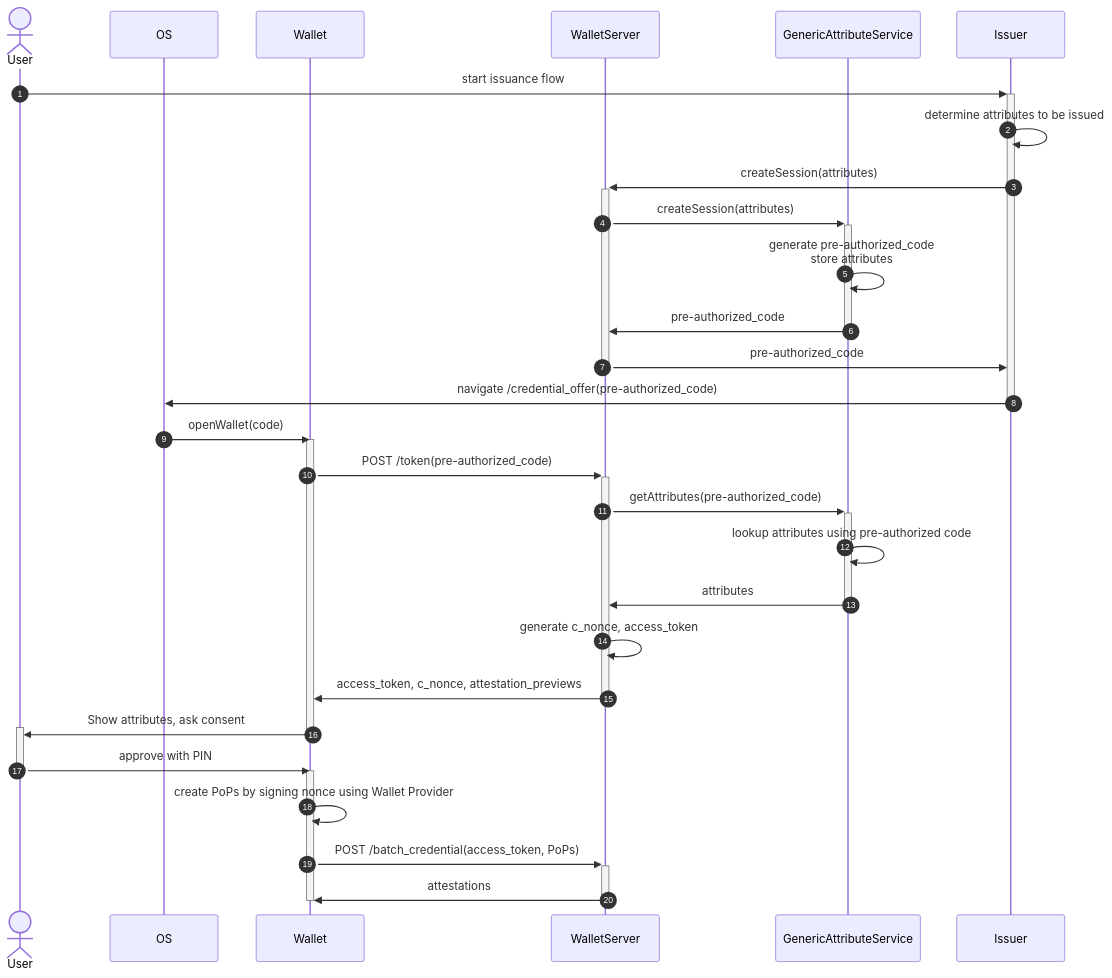
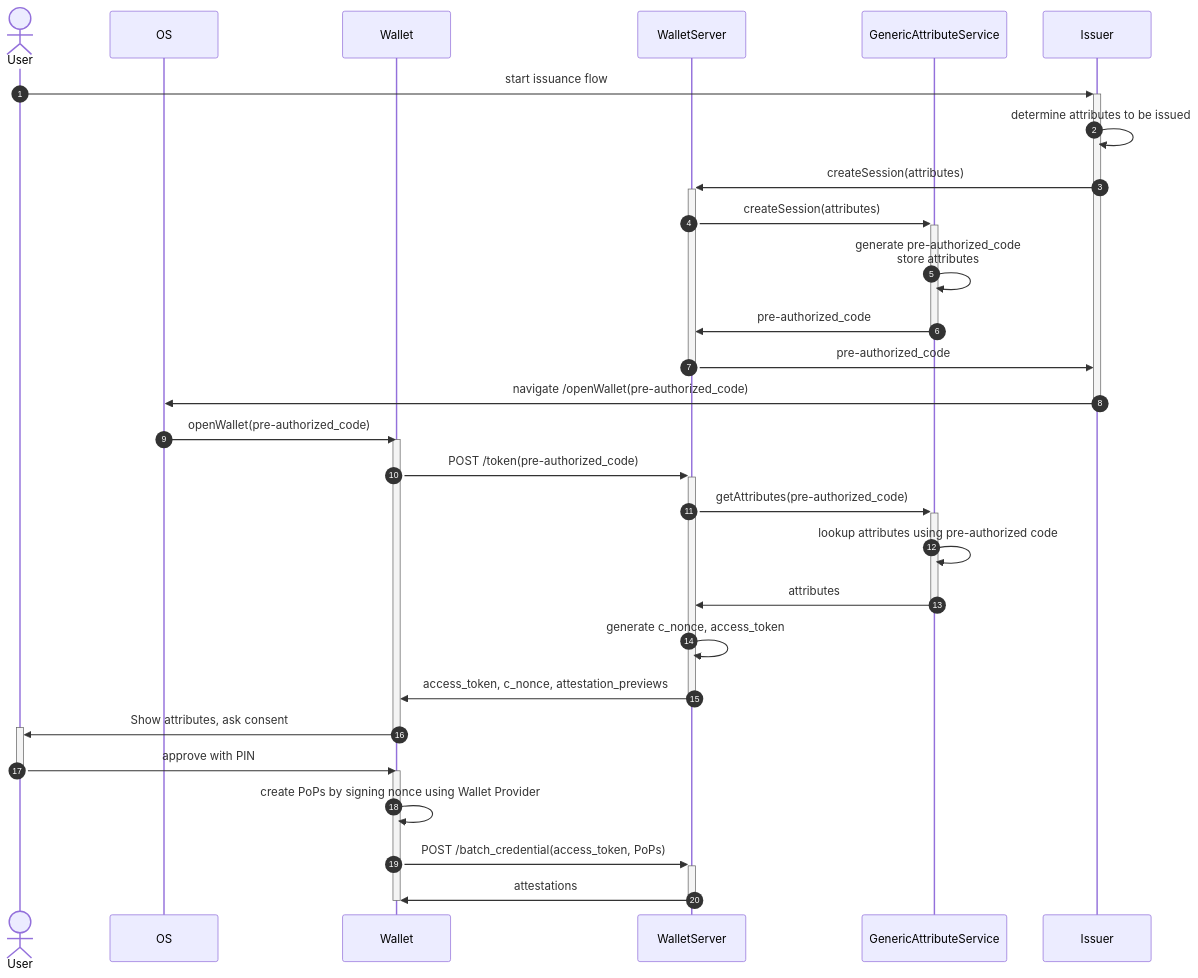
One commit to MinBZK/nl-wallet changed the second of 2 diagrams in documentation/flows/openid.md. Above: the diagram before and after it, drawn with Mermaid. The commit also changed other lines of this file and 1 other file, not shown here.

Commit message:
Remove confusing credential_offer mention from openid(4vci) documentation

````diff
--- a/documentation/flows/openid.md
+++ b/documentation/flows/openid.md
@@ -64,36 +64,36 @@
 ```mermaid
 sequenceDiagram
     autonumber
 
     actor User
     participant OS
     participant Wallet
     participant WalletServer
     participant GenericAttributeService
     participant Issuer
 
     User->>+Issuer: start issuance flow
     Issuer->>Issuer: determine attributes to be issued
     Issuer->>+WalletServer: createSession(attributes)
     WalletServer->>+GenericAttributeService: createSession(attributes)
     GenericAttributeService->>GenericAttributeService: generate pre-authorized_code<br/>store attributes
     GenericAttributeService->>-WalletServer: pre-authorized_code
     WalletServer->>-Issuer: pre-authorized_code
-    Issuer->>-OS: navigate /credential_offer(pre-authorized_code)
-    OS->>Wallet: openWallet(code)
+    Issuer->>-OS: navigate /openWallet(pre-authorized_code)
+    OS->>Wallet: openWallet(pre-authorized_code)
     activate Wallet
         Wallet->>+WalletServer: POST /token(pre-authorized_code)
         WalletServer->>+GenericAttributeService: getAttributes(pre-authorized_code)
         GenericAttributeService->>GenericAttributeService: lookup attributes using pre-authorized code
         GenericAttributeService->>-WalletServer: attributes
         WalletServer->>WalletServer: generate c_nonce, access_token
         WalletServer->>-Wallet: access_token, c_nonce, attestation_previews
         Wallet->>+User: Show attributes, ask consent
     deactivate Wallet
     User->>-Wallet: approve with PIN
     activate Wallet
         Wallet->>Wallet: create PoPs by signing nonce using Wallet Provider
     Wallet->>+WalletServer: POST /batch_credential(access_token, PoPs)
     WalletServer->>-Wallet: attestations
     deactivate Wallet
 ```
````
